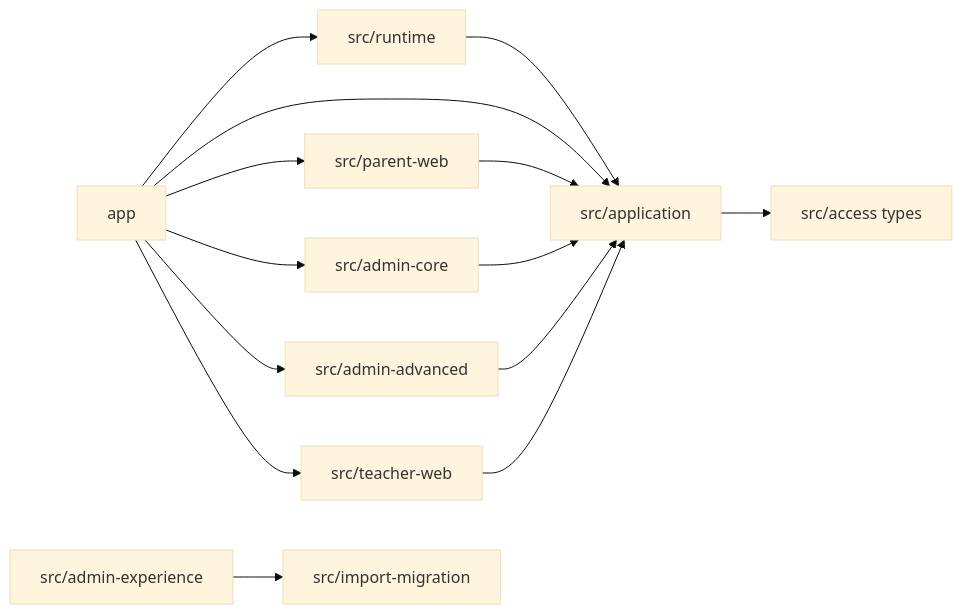
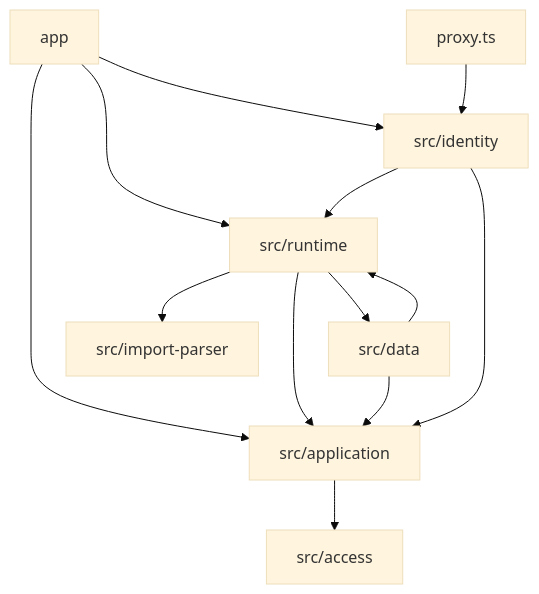
The diagram in aidlc/spaces/default/codekb/waldorf-community-task-manager/dependencies.md (bbotond83/waldorf-community-task-manager), drawn with Mermaid (base theme) before and after one commit. The commit also changed other lines of this file and 142 other files, not shown here.

````diff
--- a/aidlc/spaces/default/codekb/waldorf-community-task-manager/dependencies.md
+++ b/aidlc/spaces/default/codekb/waldorf-community-task-manager/dependencies.md
@@ -37,16 +20,15 @@
 ```mermaid
-flowchart LR
-  app --> runtime[src/runtime]
-  app --> application[src/application]
-  app --> parentweb[src/parent-web]
-  app --> admincore[src/admin-core]
-  app --> adminadv[src/admin-advanced]
-  app --> teacherweb[src/teacher-web]
-  application --> accessTypes[src/access types]
-  runtime --> application
-  parentweb --> application
-  admincore --> application
-  adminadv --> application
-  teacherweb --> application
-  adminexp[src/admin-experience] --> importmig[src/import-migration]
+flowchart TD
+  App[app] --> Runtime[src/runtime]
+  App --> Application[src/application]
+  App --> Identity[src/identity]
+  Proxy[proxy.ts] --> Identity
+  Runtime --> Application
+  Runtime --> Data[src/data]
+  Runtime --> Parser[src/import-parser]
+  Data --> Application
+  Data --> Runtime
+  Application --> Access[src/access]
+  Identity --> Application
+  Identity --> Runtime
 ```
````
